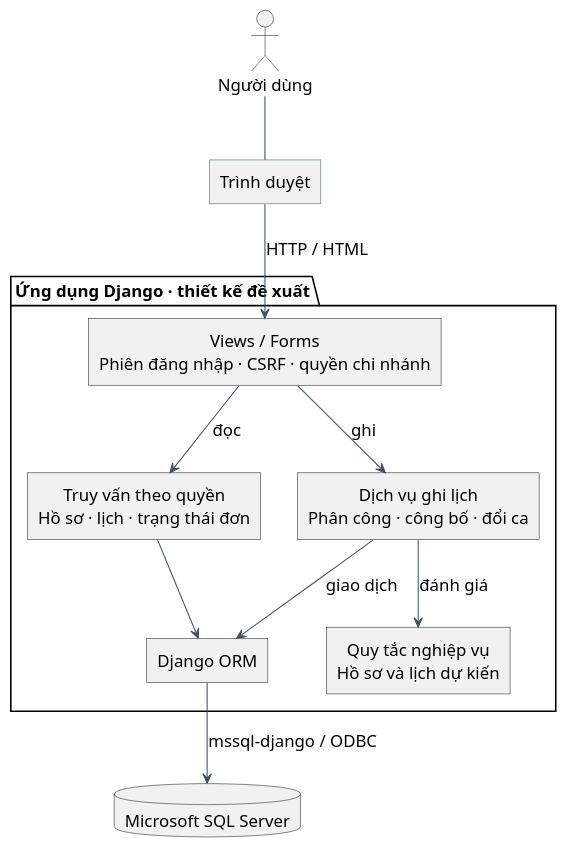
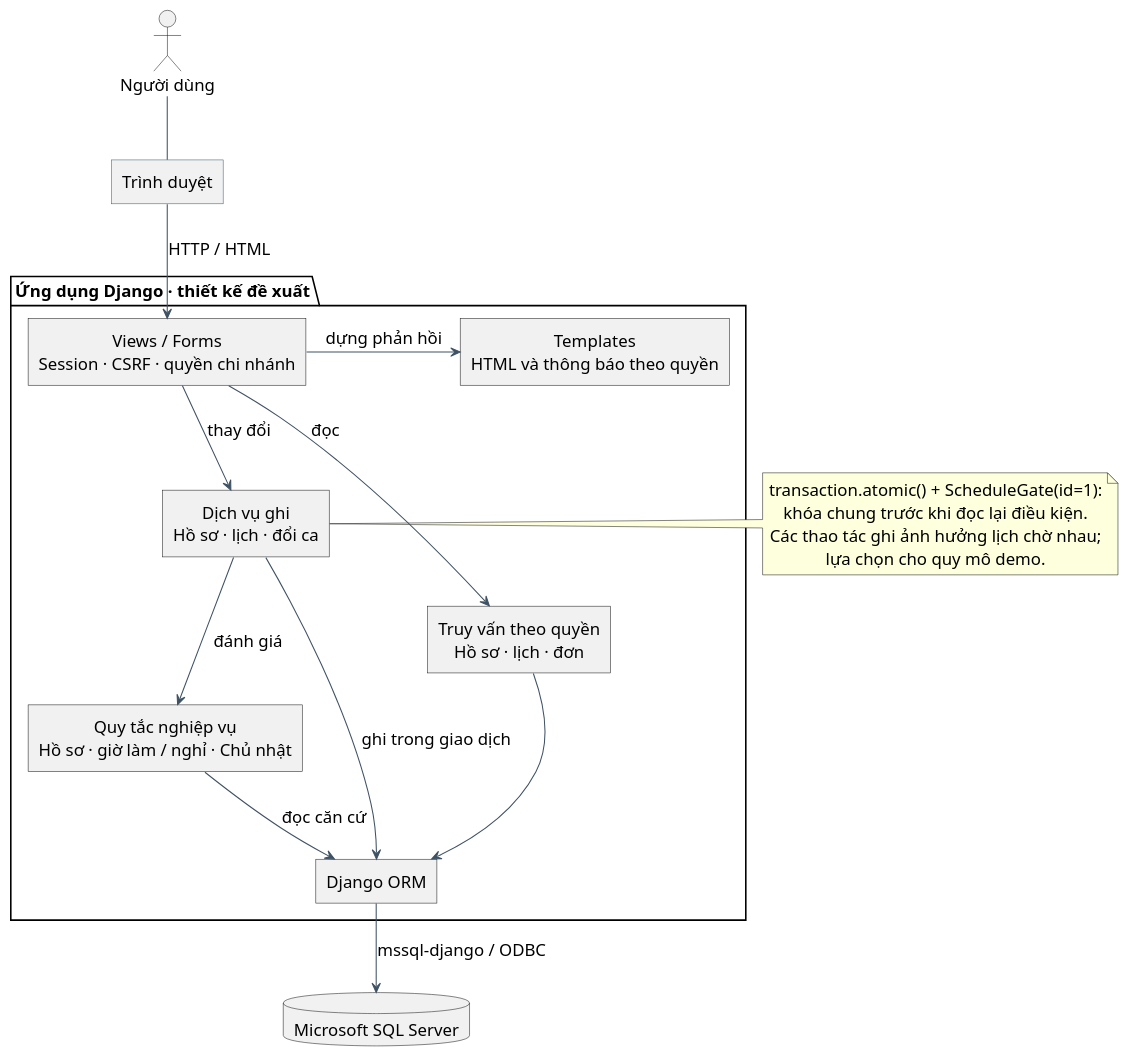
One commit to hn69969669/TTCN_DT05_HoSoNV-SXepCa changed the diagram in HO_SO_DT05/diagram_bao_cao/04_kien_truc.puml. Above: the diagram before and after it, drawn with PlantUML. The commit also changed 66 other files, not shown here.

```diff
--- a/HO_SO_DT05/diagram_bao_cao/04_kien_truc.puml
+++ b/HO_SO_DT05/diagram_bao_cao/04_kien_truc.puml
@@ -1,34 +1,46 @@
 @startuml
 skinparam backgroundColor white
 skinparam defaultFontName Arial
 skinparam defaultFontSize 16
 skinparam shadowing false
 skinparam ArrowColor #3F5264
 skinparam defaultTextAlignment center
 skinparam roundCorner 0
-skinparam monochrome false
 skinparam usecaseBackgroundColor #EFF5F8
 skinparam usecaseBorderColor #385B70
 skinparam rectangleBorderColor #385B70
 skinparam componentStyle rectangle
 skinparam classAttributeIconSize 0
+skinparam activityBackgroundColor #EFF5F8
+skinparam activityBorderColor #385B70
+skinparam stateBackgroundColor #EFF5F8
+skinparam stateBorderColor #385B70
 top to bottom direction
 actor "Người dùng" as U
 rectangle "Trình duyệt" as Browser
 package "Ứng dụng Django · thiết kế đề xuất" {
-  component "Views / Forms\nPhiên đăng nhập · CSRF · quyền chi nhánh" as Web
-  component "Truy vấn theo quyền\nHồ sơ · lịch · trạng thái đơn" as Read
-  component "Dịch vụ ghi lịch\nPhân công · công bố · đổi ca" as Write
-  component "Quy tắc nghiệp vụ\nHồ sơ và lịch dự kiến" as Rule
+  component "Views / Forms\nSession · CSRF · quyền chi nhánh" as Web
+  component "Truy vấn theo quyền\nHồ sơ · lịch · đơn" as Read
+  component "Dịch vụ ghi\nHồ sơ · lịch · đổi ca" as Write
+  component "Quy tắc nghiệp vụ\nHồ sơ · giờ làm / nghỉ · Chủ nhật" as Rule
   component "Django ORM" as ORM
+  component "Templates\nHTML và thông báo theo quyền" as HTML
 }
 database "Microsoft SQL Server" as DB
-U -- Browser
-Browser --> Web : HTTP / HTML
+U -down- Browser
+Browser -down-> Web : HTTP / HTML
 Web --> Read : đọc
-Web --> Write : ghi
+Web --> Write : thay đổi
 Write --> Rule : đánh giá
 Read --> ORM
-Write --> ORM : giao dịch
+Rule --> ORM : đọc căn cứ
+Write --> ORM : ghi trong giao dịch
 ORM --> DB : mssql-django / ODBC
+Web -right-> HTML : dựng phản hồi
+note right of Write
+  transaction.atomic() + ScheduleGate(id=1):
+  khóa chung trước khi đọc lại điều kiện.
+  Các thao tác ghi ảnh hưởng lịch chờ nhau;
+  lựa chọn cho quy mô demo.
+end note
 @enduml
```
